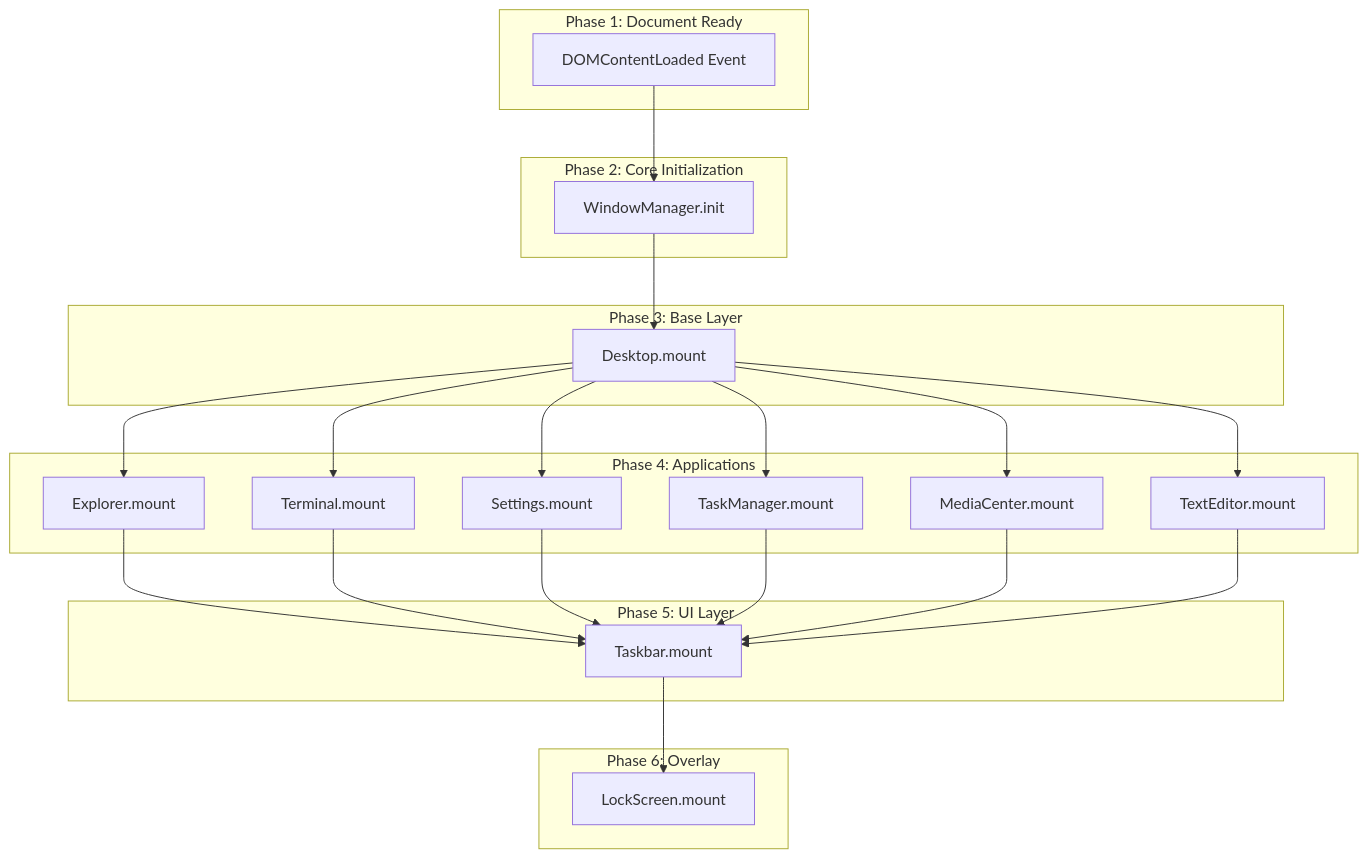
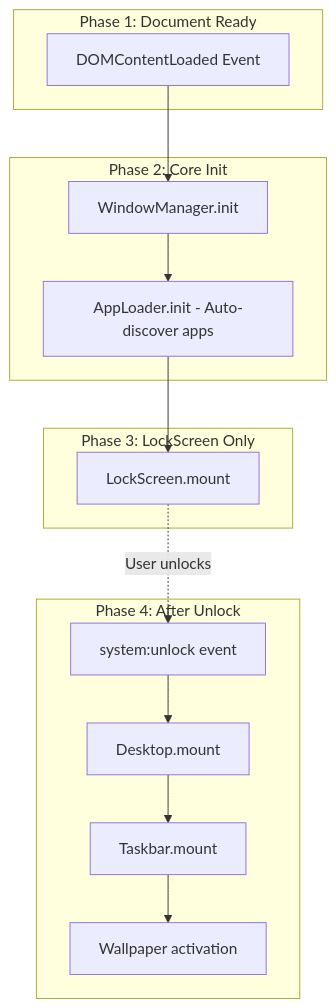
One commit to Damarcreative/LUI changed the fourth of 5 diagrams in Technical_Analysis.md. Above: the diagram before and after it, drawn with Mermaid. The commit also changed other lines of this file, not shown here.

````diff
--- a/Technical_Analysis.md
+++ b/Technical_Analysis.md
@@ -1154,33 +799,26 @@
 ```mermaid
 flowchart TD
     subgraph "Phase 1: Document Ready"
         A[DOMContentLoaded Event]
     end
     
-    subgraph "Phase 2: Core Initialization"
+    subgraph "Phase 2: Core Init"
         B[WindowManager.init]
+        C[AppLoader.init - Auto-discover apps]
     end
     
-    subgraph "Phase 3: Base Layer"
-        C[Desktop.mount]
+    subgraph "Phase 3: LockScreen Only"
+        D[LockScreen.mount]
     end
     
-    subgraph "Phase 4: Applications"
-        D[Explorer.mount]
-        E[Terminal.mount]
-        F[Settings.mount]
-        G[TaskManager.mount]
-        H[MediaCenter.mount]
-        I[TextEditor.mount]
+    subgraph "Phase 4: After Unlock"
+        E[system:unlock event]
+        F[Desktop.mount]
+        G[Taskbar.mount]
+        H[Wallpaper activation]
     end
     
-    subgraph "Phase 5: UI Layer"
-        J[Taskbar.mount]
-    end
-    
-    subgraph "Phase 6: Overlay"
-        K[LockScreen.mount]
-    end
-    
-    A --> B --> C --> D & E & F & G & H & I --> J --> K
+    A --> B --> C --> D
+    D -.->|User unlocks| E
+    E --> F --> G --> H
 ```
````
